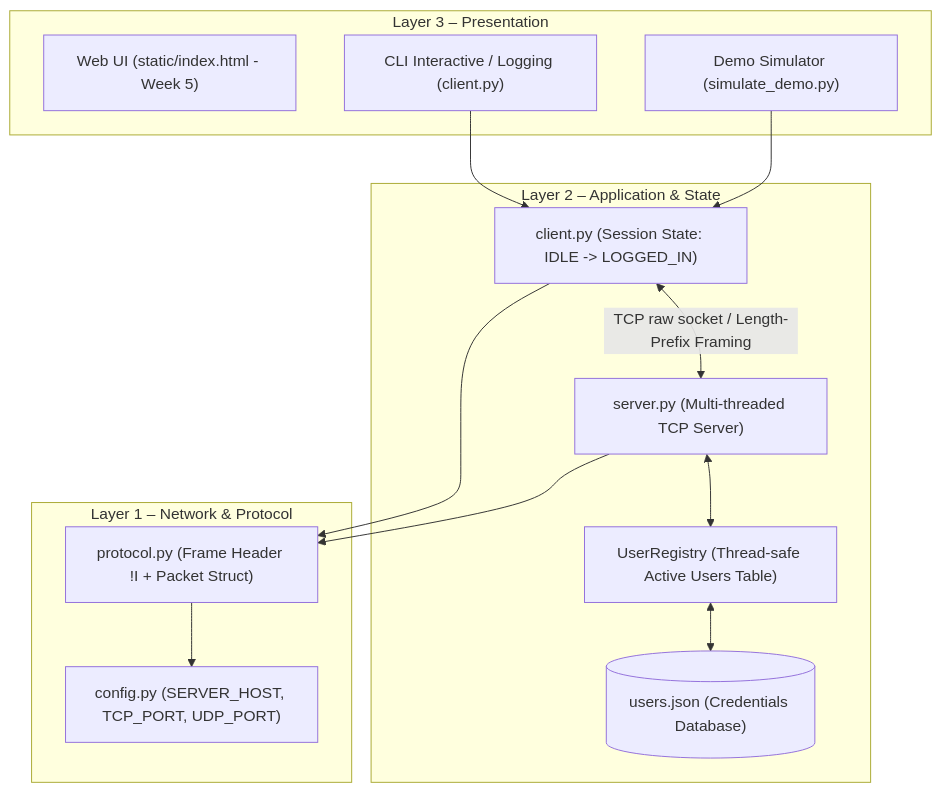
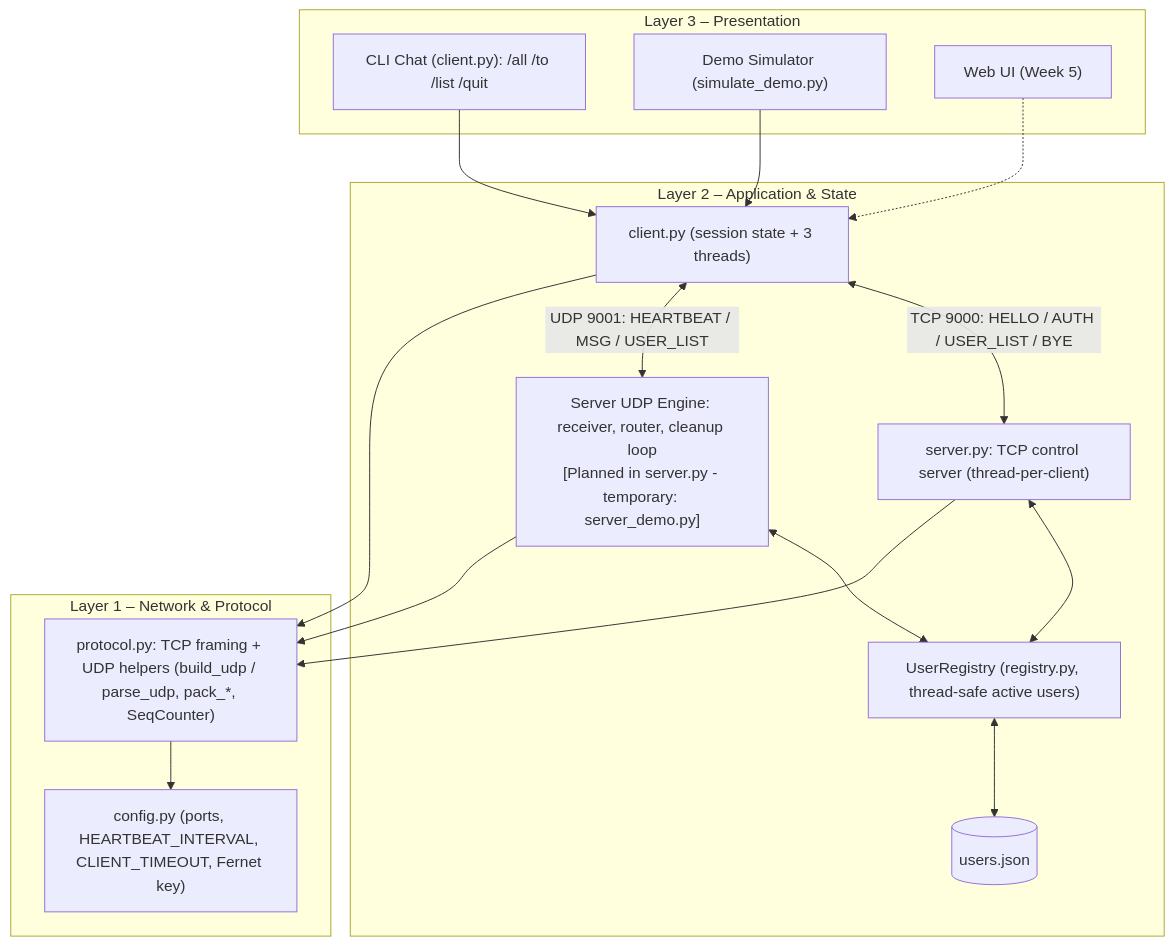
Before and after one commit to Smokiestfox/networking-app-assignment: the first of 5 diagrams in docs/architecture.md, drawn with Mermaid. The commit also changed other lines of this file and 2 other files, not shown here.

Commit message:
feat(client): implement UDP chat, heartbeat, and demo messaging

````diff
--- a/docs/architecture.md
+++ b/docs/architecture.md
@@ -11,29 +13,34 @@
 ```mermaid
 graph TD
     subgraph L3["Layer 3 – Presentation"]
-        UI["Web UI (static/index.html - Week 5)"]
-        CLI["CLI Interactive / Logging (client.py)"]
+        CLI["CLI Chat (client.py): /all /to /list /quit"]
         SIM["Demo Simulator (simulate_demo.py)"]
+        UI["Web UI (Week 5)"]
     end
 
     subgraph L2["Layer 2 – Application & State"]
-        CLIENT["client.py (Session State: IDLE -> LOGGED_IN)"]
-        SERVER["server.py (Multi-threaded TCP Server)"]
-        REG["UserRegistry (Thread-safe Active Users Table)"]
-        AUTH_DB[("users.json (Credentials Database)")]
+        CLIENT["client.py (session state + 3 threads)"]
+        SERVER["server.py: TCP control server (thread-per-client)"]
+        UDPENG["Server UDP Engine: receiver, router, cleanup loop<br/>[Planned in server.py - temporary: server_demo.py]"]
+        REG["UserRegistry (registry.py, thread-safe active users)"]
+        AUTH_DB[("users.json")]
     end
 
     subgraph L1["Layer 1 – Network & Protocol"]
-        PROTO["protocol.py (Frame Header !I + Packet Struct)"]
-        CFG["config.py (SERVER_HOST, TCP_PORT, UDP_PORT)"]
+        PROTO["protocol.py: TCP framing + UDP helpers (build_udp / parse_udp, pack_*, SeqCounter)"]
+        CFG["config.py (ports, HEARTBEAT_INTERVAL, CLIENT_TIMEOUT, Fernet key)"]
     end
 
     CLI --> CLIENT
     SIM --> CLIENT
-    CLIENT <-->|TCP raw socket / Length-Prefix Framing| SERVER
+    UI -.-> CLIENT
+    CLIENT <-->|"TCP 9000: HELLO / AUTH / USER_LIST / BYE"| SERVER
+    CLIENT <-->|"UDP 9001: HEARTBEAT / MSG / USER_LIST"| UDPENG
     SERVER <--> REG
+    UDPENG <--> REG
     REG <--> AUTH_DB
     CLIENT --> PROTO
     SERVER --> PROTO
+    UDPENG --> PROTO
     PROTO --> CFG
 ```
````
